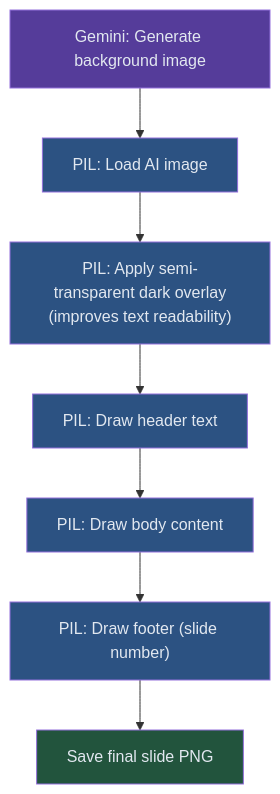
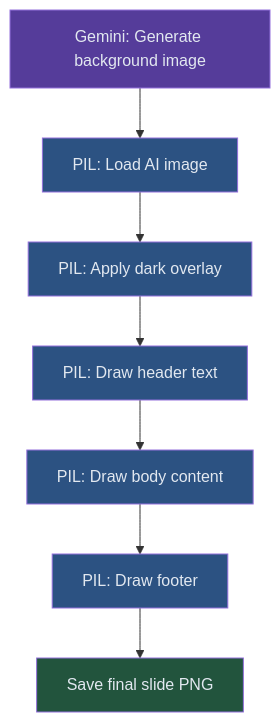
One commit to AbhinandanPun/dinopedia changed the second of 2 diagrams in specs/spec-02-visuals-gemini.md. Above: the diagram before and after it, drawn with Mermaid. The commit also changed other lines of this file and 5 other files, not shown here.

````diff
--- a/specs/spec-02-visuals-gemini.md
+++ b/specs/spec-02-visuals-gemini.md
@@ -150,17 +150,17 @@
 ```mermaid
 flowchart TD
     A["Gemini: Generate background image"] --> B["PIL: Load AI image"]
-    B --> C["PIL: Apply semi-transparent dark overlay\n(improves text readability)"]
+    B --> C["PIL: Apply dark overlay"]
     C --> D["PIL: Draw header text"]
     D --> E["PIL: Draw body content"]
-    E --> F["PIL: Draw footer (slide number)"]
+    E --> F["PIL: Draw footer"]
     F --> G["Save final slide PNG"]
 
     style A fill:#553c9a,color:#e2e8f0
     style B fill:#2c5282,color:#e2e8f0
     style C fill:#2c5282,color:#e2e8f0
     style D fill:#2c5282,color:#e2e8f0
     style E fill:#2c5282,color:#e2e8f0
     style F fill:#2c5282,color:#e2e8f0
     style G fill:#22543d,color:#e2e8f0
 ```
````
